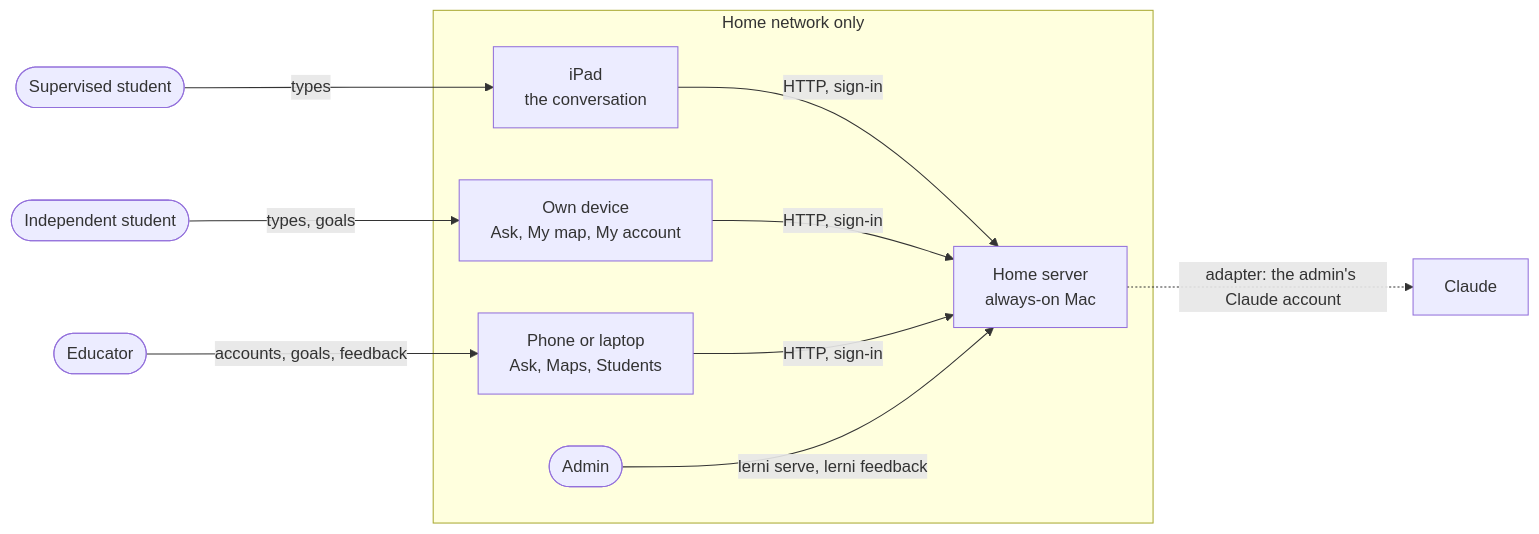
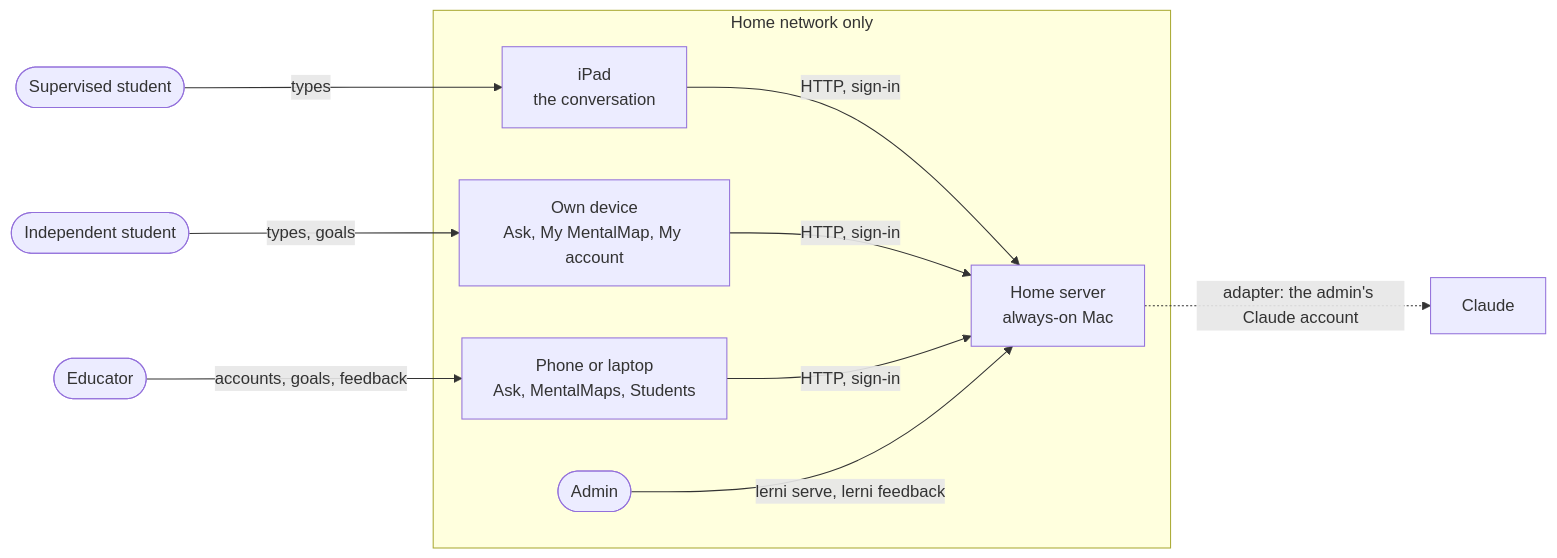
Before and after one commit to torenunez/lerni: the first of 2 diagrams in docs/ARCHITECTURE.md, drawn with Mermaid. The commit also changed other lines of this file and 11 other files, not shown here.

Commit message:
v2.17: MentalMaps, docs and to-do reorganized

````diff
--- a/docs/ARCHITECTURE.md
+++ b/docs/ARCHITECTURE.md
@@ -18,13 +18,13 @@
 ```mermaid
 flowchart LR
     student([Supervised student]) -- "types" --> ipad["iPad<br/>the conversation"]
-    indep([Independent student]) -- "types, goals" --> idev["Own device<br/>Ask, My map, My account"]
-    educator([Educator]) -- "accounts, goals, feedback" --> edev["Phone or laptop<br/>Ask, Maps, Students"]
+    indep([Independent student]) -- "types, goals" --> idev["Own device<br/>Ask, My MentalMap, My account"]
+    educator([Educator]) -- "accounts, goals, feedback" --> edev["Phone or laptop<br/>Ask, MentalMaps, Students"]
     subgraph home[Home network only]
         ipad -- "HTTP, sign-in" --> server["Home server<br/>always-on Mac"]
         idev -- "HTTP, sign-in" --> server
         edev -- "HTTP, sign-in" --> server
         admin([Admin]) -- "lerni serve, lerni feedback" --> server
     end
     server -. "adapter: the admin's Claude account" .-> ai[Claude]
 ```
````
